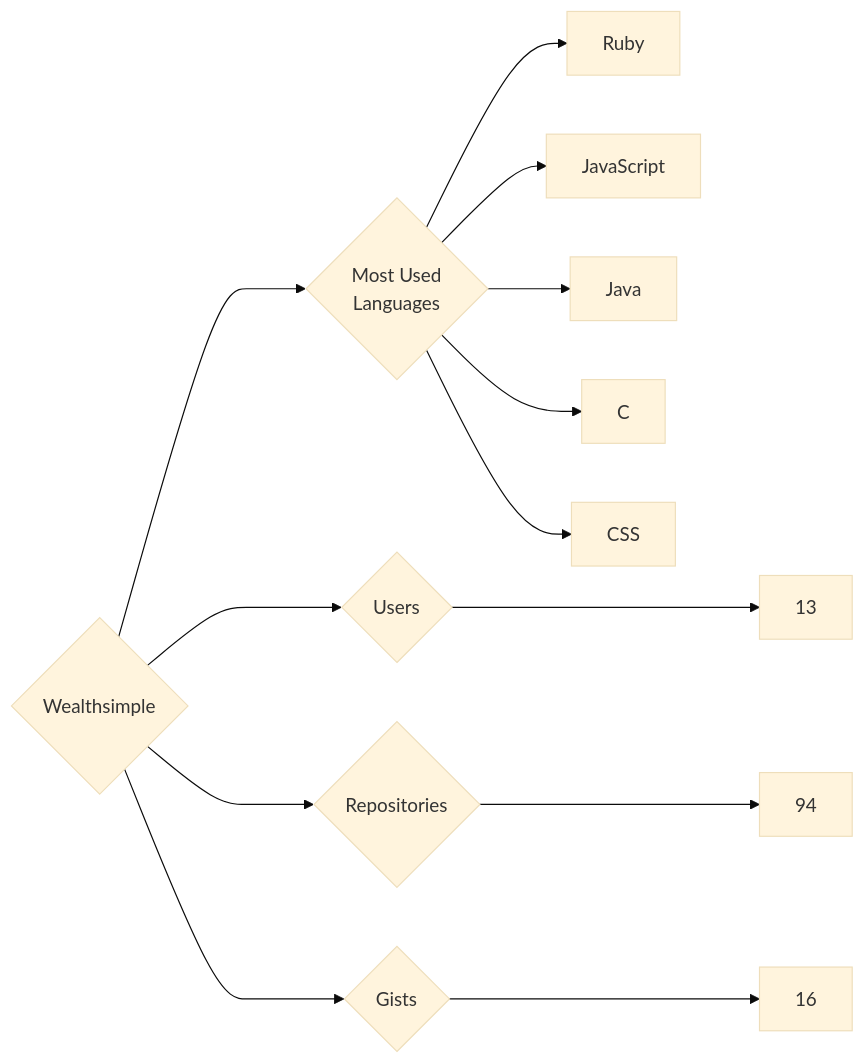
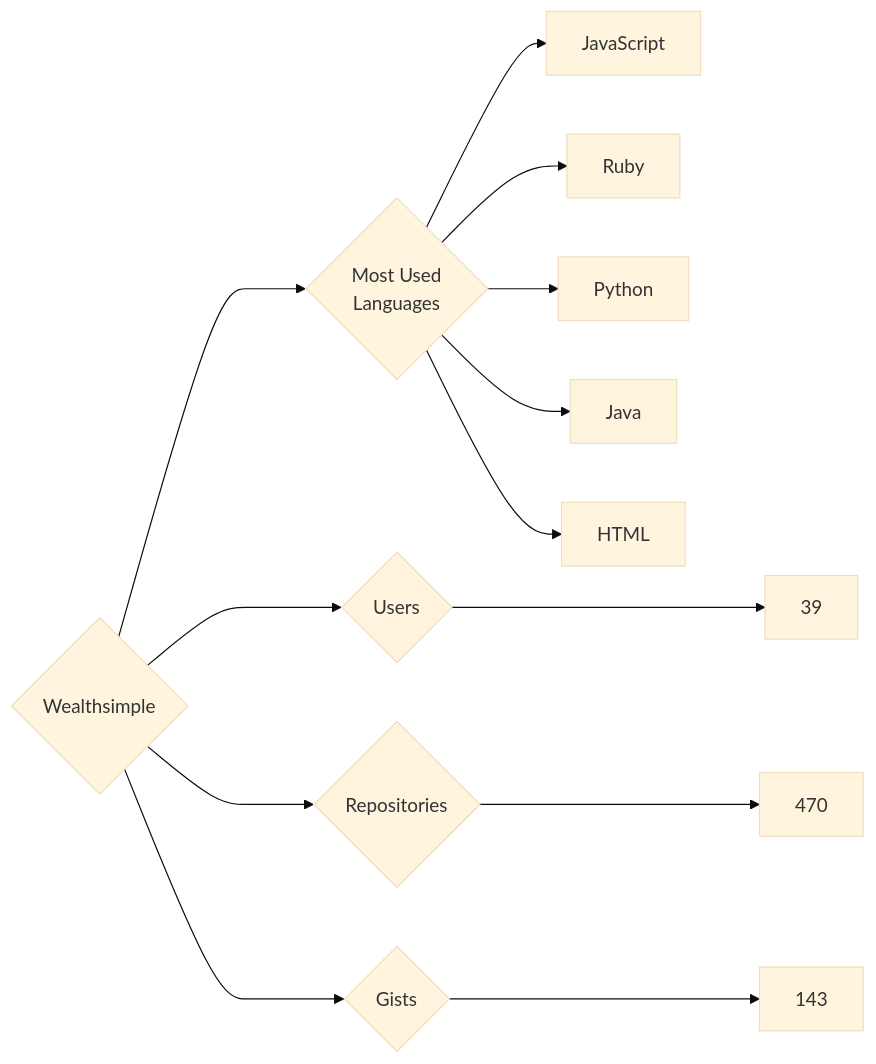
The diagram in targets/Wealthsimple/README.md (trickest/insiders), drawn with Mermaid (base theme) before and after one commit. The commit also changed 871 other files, not shown here.

````diff
--- a/targets/Wealthsimple/README.md
+++ b/targets/Wealthsimple/README.md
@@ -3,13 +3,13 @@
 ```mermaid
 graph LR
 COMPANY_NAME{Wealthsimple}
-COMPANY_NAME ---> U{Users} ---> UN[13]
-COMPANY_NAME ---> R{Repositories} ---> RN[94]
-COMPANY_NAME ---> G{Gists} ---> GN[16]
+COMPANY_NAME ---> U{Users} ---> UN[39]
+COMPANY_NAME ---> R{Repositories} ---> RN[470]
+COMPANY_NAME ---> G{Gists} ---> GN[143]
 COMPANY_NAME ---> ML{Most Used<br>Languages}
+ML --> JavaScript[JavaScript]
 ML --> Ruby[Ruby]
-ML --> JavaScript[JavaScript]
+ML --> Python[Python]
 ML --> Java[Java]
-ML --> C[C]
-ML --> CSS[CSS]
+ML --> HTML[HTML]
 ```
````
